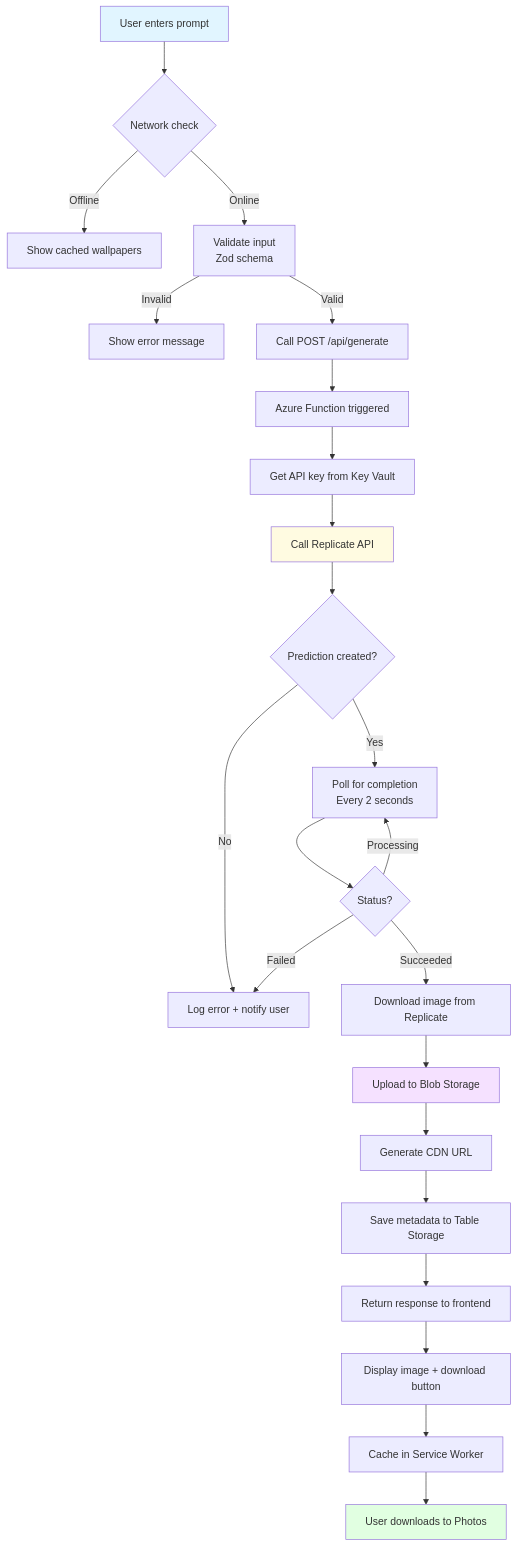
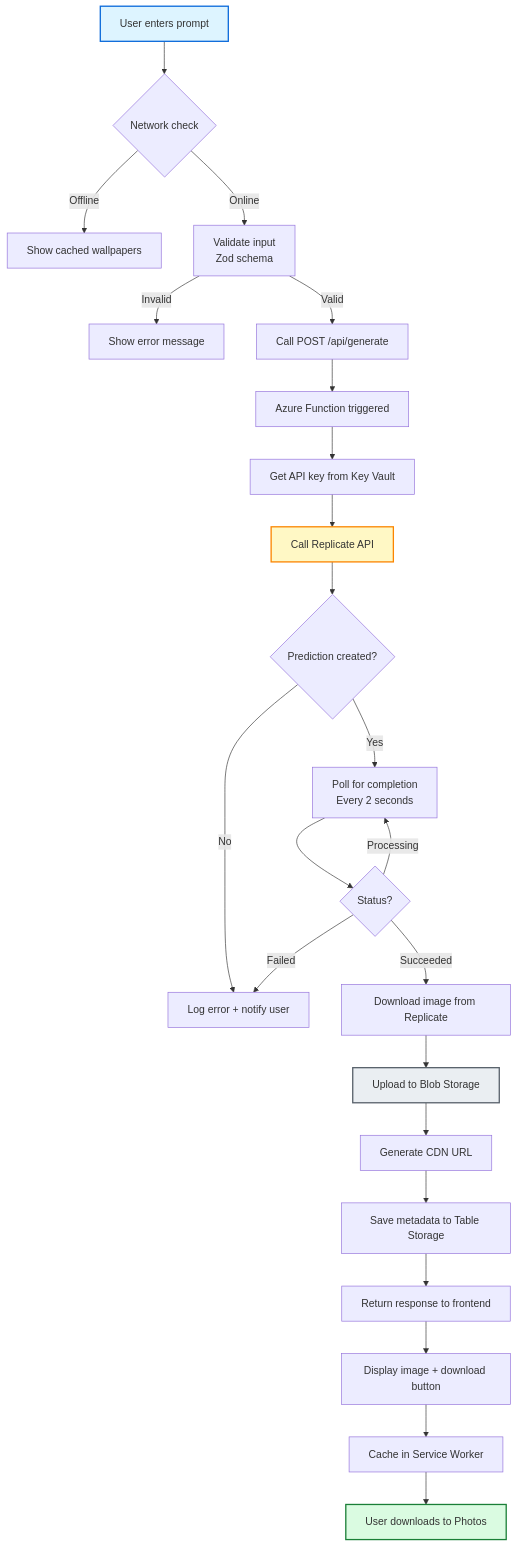
The third of 5 diagrams in ARCHITECTURE.md (fabioc-aloha/ai-wallpaper-generator), drawn with Mermaid before and after one commit. The commit also changed other lines of this file, not shown here.

First line of the commit message:
Polish Mermaid diagrams with GitHub color palette

````diff
--- a/ARCHITECTURE.md
+++ b/ARCHITECTURE.md
@@ -527,30 +529,30 @@
 ```mermaid
 flowchart TD
     A[User enters prompt] --> B{Network check}
     B -->|Offline| C[Show cached wallpapers]
     B -->|Online| D[Validate input<br/>Zod schema]
     D -->|Invalid| E[Show error message]
     D -->|Valid| F[Call POST /api/generate]
     F --> G[Azure Function triggered]
     G --> H[Get API key from Key Vault]
     H --> I[Call Replicate API]
     I --> J{Prediction created?}
     J -->|No| K[Log error + notify user]
     J -->|Yes| L[Poll for completion<br/>Every 2 seconds]
     L --> M{Status?}
     M -->|Processing| L
     M -->|Failed| K
     M -->|Succeeded| N[Download image from Replicate]
     N --> O[Upload to Blob Storage]
     O --> P[Generate CDN URL]
     P --> Q[Save metadata to Table Storage]
     Q --> R[Return response to frontend]
     R --> S[Display image + download button]
     S --> T[Cache in Service Worker]
     T --> U[User downloads to Photos]
 
-    style A fill:#e1f5ff
-    style I fill:#fffbe1
-    style O fill:#f5e1ff
-    style U fill:#e1ffe1
+    style A fill:#ddf4ff,stroke:#0969DA,stroke-width:2px
+    style I fill:#fff8c5,stroke:#fb8500,stroke-width:2px
+    style O fill:#eaeef2,stroke:#57606a,stroke-width:2px
+    style U fill:#dafbe1,stroke:#1a7f37,stroke-width:2px
 ```
````
